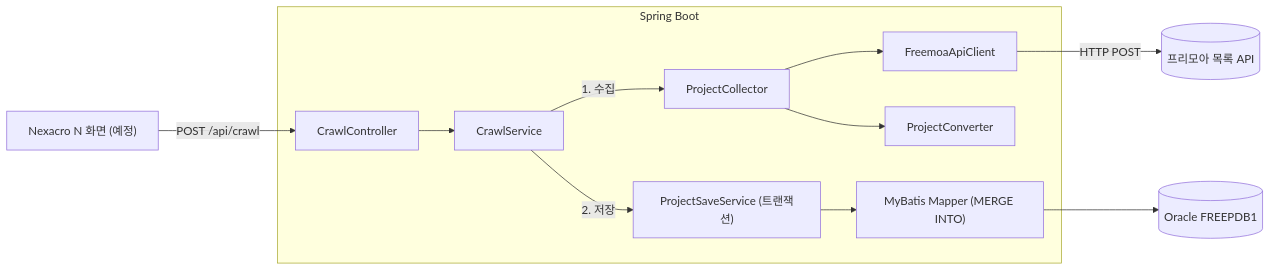
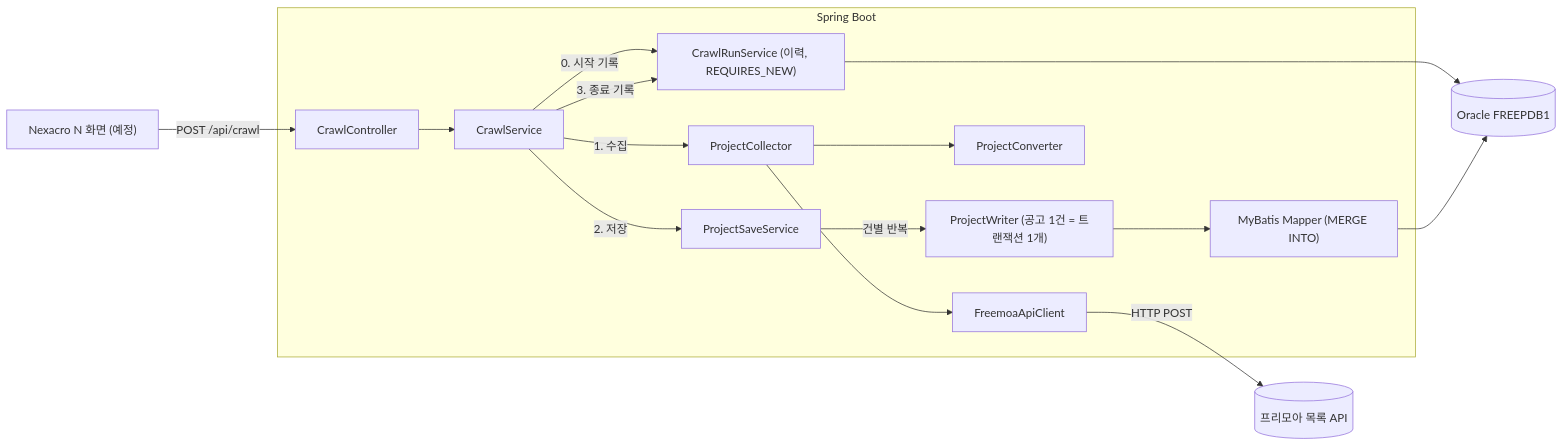
One commit to lhk9311/00.freemoa_crawler changed the first of 2 diagrams in README.md. Above: the diagram before and after it, drawn with Mermaid. The commit also changed other lines of this file and 18 other files, not shown here.

````diff
--- a/README.md
+++ b/README.md
@@ -27,26 +27,32 @@
 ```mermaid
 flowchart LR
     FM[("프리모아 목록 API")]
     NX["Nexacro N 화면 (예정)"]
     DB[("Oracle FREEPDB1")]
 
     subgraph APP["Spring Boot"]
         CTRL["CrawlController"]
         SVC["CrawlService"]
+        RUN["CrawlRunService (이력, REQUIRES_NEW)"]
         COL["ProjectCollector"]
         CLI["FreemoaApiClient"]
         CONV["ProjectConverter"]
-        SAVE["ProjectSaveService (트랜잭션)"]
+        SAVE["ProjectSaveService"]
+        WRITER["ProjectWriter (공고 1건 = 트랜잭션 1개)"]
         MAP["MyBatis Mapper (MERGE INTO)"]
     end
 
     NX -- "POST /api/crawl" --> CTRL
     CTRL --> SVC
+    SVC -- "0. 시작 기록" --> RUN
     SVC -- "1. 수집" --> COL
     COL --> CLI
     CLI -- "HTTP POST" --> FM
     COL --> CONV
     SVC -- "2. 저장" --> SAVE
-    SAVE --> MAP
+    SAVE -- "건별 반복" --> WRITER
+    WRITER --> MAP
+    SVC -- "3. 종료 기록" --> RUN
+    RUN --> DB
     MAP --> DB
 ```
````
